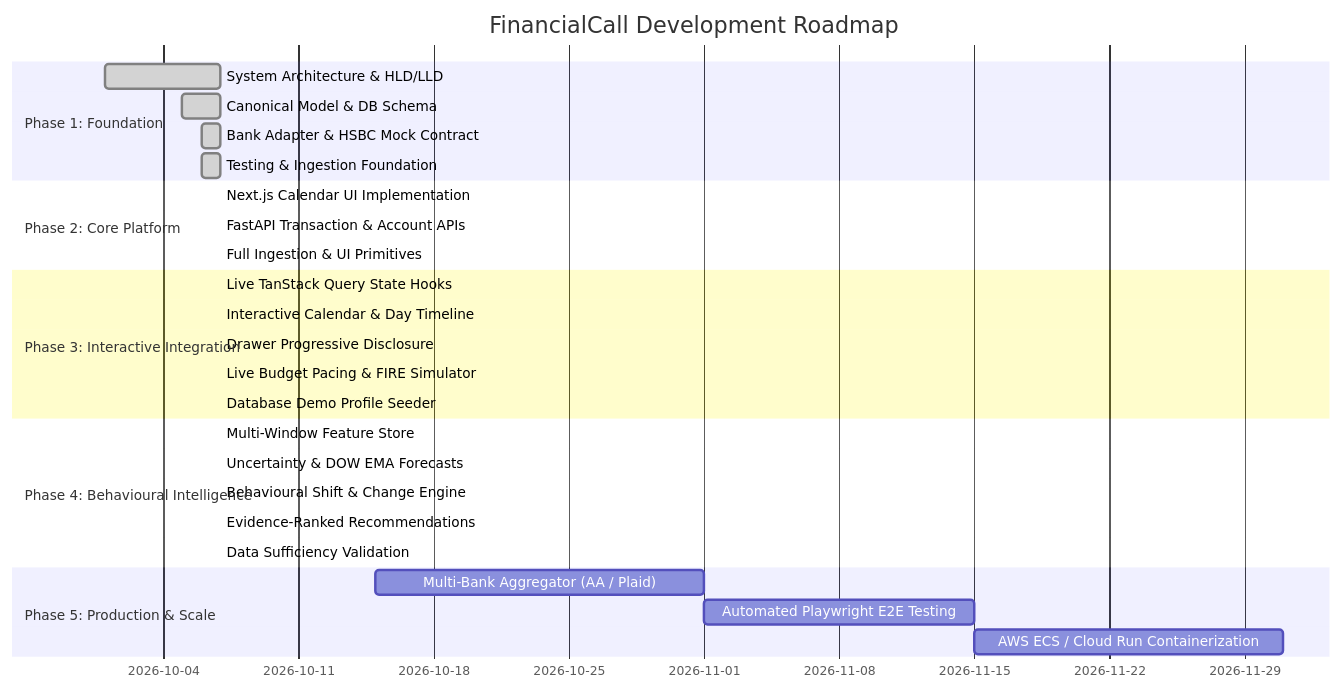
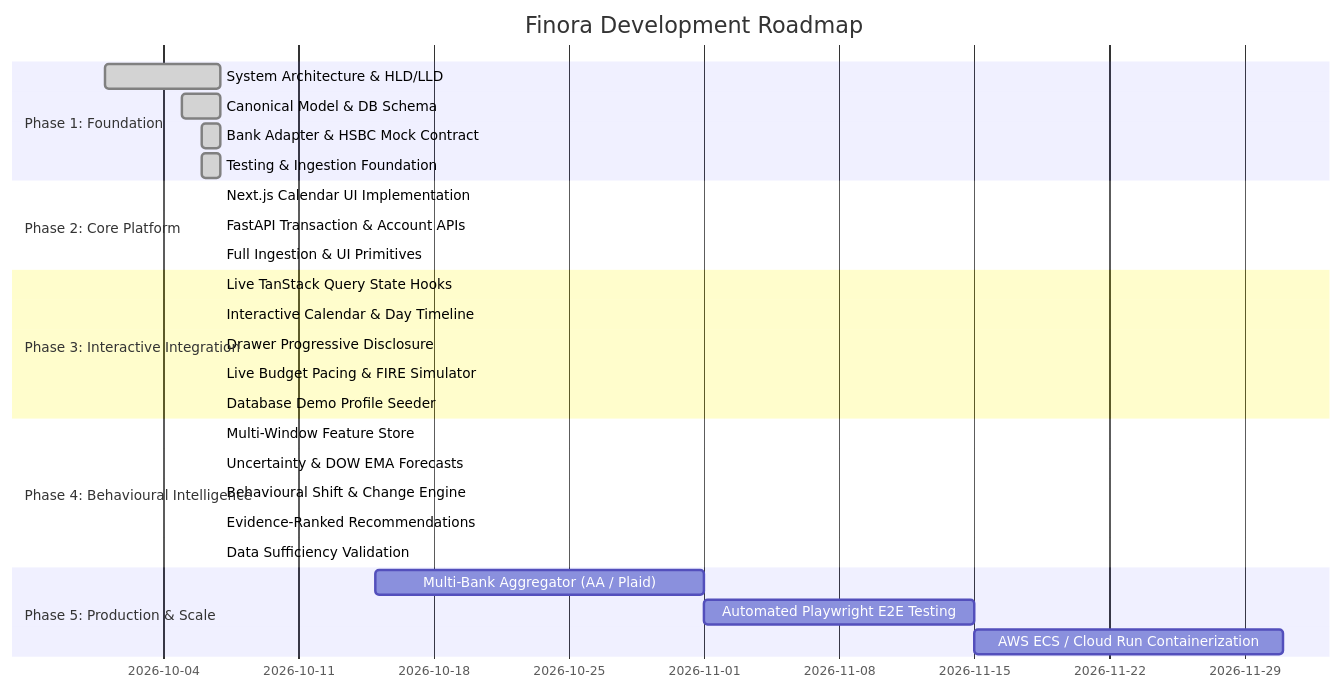
The diagram in docs/product/roadmap.md (EncrypterParv/Finora), drawn with Mermaid before and after one commit. The commit also changed other lines of this file and 20 other files, not shown here.

````diff
--- a/docs/product/roadmap.md
+++ b/docs/product/roadmap.md
@@ -3,34 +3,34 @@
 ```mermaid
 gantt
-    title FinancialCall Development Roadmap
+    title Finora Development Roadmap
     dateFormat  YYYY-MM-DD
     section Phase 1: Foundation
     System Architecture & HLD/LLD       :done,    p1_1, 2026-10-01, 2026-10-07
     Canonical Model & DB Schema         :done,    p1_2, 2026-10-05, 2026-10-07
     Bank Adapter & HSBC Mock Contract   :done,    p1_3, 2026-10-06, 2026-10-07
     Testing & Ingestion Foundation      :done,    p1_4, 2026-10-06, 2026-10-07
     
     section Phase 2: Core Platform
     Next.js Calendar UI Implementation  :done,    p2_1, 2026-10-07, 2026-10-07
     FastAPI Transaction & Account APIs  :done,    p2_2, 2026-10-07, 2026-10-07
     Full Ingestion & UI Primitives      :done,    p2_3, 2026-10-07, 2026-10-07
     
     section Phase 3: Interactive Integration
     Live TanStack Query State Hooks     :done,    p3_1, 2026-10-07, 2026-10-07
     Interactive Calendar & Day Timeline :done,    p3_2, 2026-10-07, 2026-10-07
     Drawer Progressive Disclosure       :done,    p3_3, 2026-10-07, 2026-10-07
     Live Budget Pacing & FIRE Simulator :done,    p3_4, 2026-10-07, 2026-10-07
     Database Demo Profile Seeder        :done,    p3_5, 2026-10-07, 2026-10-07
     
     section Phase 4: Behavioural Intelligence
     Multi-Window Feature Store          :done,    p4_1, 2026-10-07, 2026-10-07
     Uncertainty & DOW EMA Forecasts     :done,    p4_2, 2026-10-07, 2026-10-07
     Behavioural Shift & Change Engine   :done,    p4_3, 2026-10-07, 2026-10-07
     Evidence-Ranked Recommendations     :done,    p4_4, 2026-10-07, 2026-10-07
     Data Sufficiency Validation         :done,    p4_5, 2026-10-07, 2026-10-07
 
     section Phase 5: Production & Scale
     Multi-Bank Aggregator (AA / Plaid)  :         p5_1, 2026-10-15, 2026-11-01
     Automated Playwright E2E Testing    :         p5_2, 2026-11-01, 2026-11-15
     AWS ECS / Cloud Run Containerization:         p5_3, 2026-11-15, 2026-12-01
 ```
````
